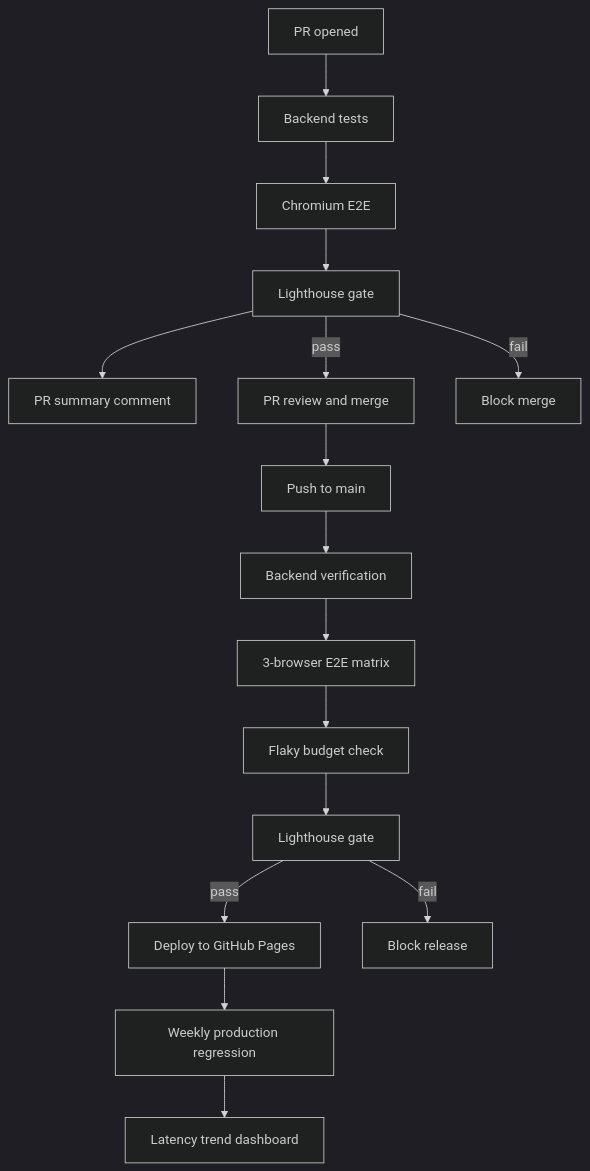
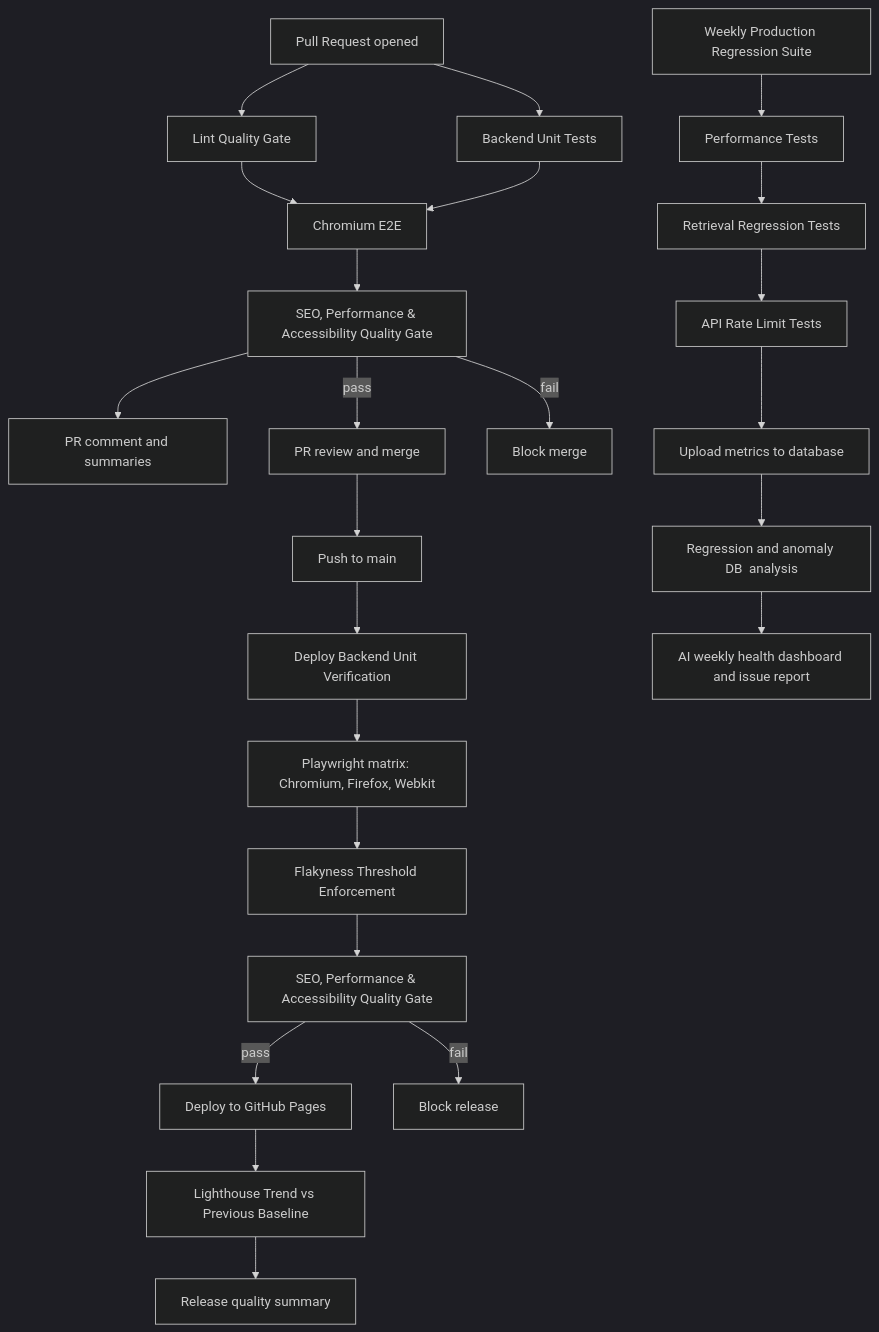
One commit to David101111101/PortfolioReactAppRepo changed the third of 3 diagrams in README.md. Above: the diagram before and after it, drawn with Mermaid (dark theme). The commit also changed other lines of this file and 5 other files, not shown here.

Commit message:
feat: Enhance regression metrics and reporting for multilingual support and reliability scoring

````diff
--- a/README.md
+++ b/README.md
@@ -164,18 +203,32 @@
 ```mermaid
 flowchart TD
-   PR[PR opened] --> PRBackend[Backend tests]
-   PRBackend --> PRE2E[Chromium E2E]
-   PRE2E --> PRLH[Lighthouse gate]
-   PRLH --> PRComment[PR summary comment]
+   PR[Pull Request opened] --> LintGate[Lint Quality Gate]
+   PR --> PRBackend[Backend Unit Tests]
+
+   LintGate --> PRE2E[Chromium E2E]
+   PRBackend --> PRE2E
+   PRE2E --> PRLH[SEO, Performance & Accessibility Quality Gate]
+   PRLH --> PRComment[PR comment and summaries]
+
    PRLH -->|pass| Merge[PR review and merge]
    PRLH -->|fail| StopPR[Block merge]
+
    Merge --> Main[Push to main]
-   Main --> DepBackend[Backend verification]
-   DepBackend --> DepE2E[3-browser E2E matrix]
-   DepE2E --> FlakyBudget[Flaky budget check]
-   FlakyBudget --> DepLH[Lighthouse gate]
+   Main --> DepBackend[Deploy Backend Unit Verification]
+   DepBackend --> DepE2E[Playwright matrix: Chromium, Firefox, Webkit]
+   DepE2E --> FlakyBudget[Flakyness Threshold Enforcement]
+   FlakyBudget --> DepLH[SEO, Performance & Accessibility Quality Gate]
    DepLH -->|pass| Pages[Deploy to GitHub Pages]
    DepLH -->|fail| StopDeploy[Block release]
-   Pages --> Weekly[Weekly production regression]
-   Weekly --> Trend[Latency trend dashboard]
+
+   Pages --> LHTrend[Lighthouse Trend vs Previous Baseline]
+   LHTrend --> ReleaseSummary[Release quality summary]
+
+   WeeklyTrigger[Weekly Production Regression Suite]
+   WeeklyTrigger --> PerformanceTests[Performance Tests]
+   PerformanceTests --> RetrievalRegressionTests[Retrieval Regression Tests]
+   RetrievalRegressionTests --> RateLimitTests[API Rate Limit Tests]
+   RateLimitTests --> MetricsUpload[Upload metrics to database]
+   MetricsUpload --> DBAnalysis[Regression and anomaly DB  analysis]
+   DBAnalysis --> WeeklyReport[AI weekly health dashboard and issue report]
 ```
````
